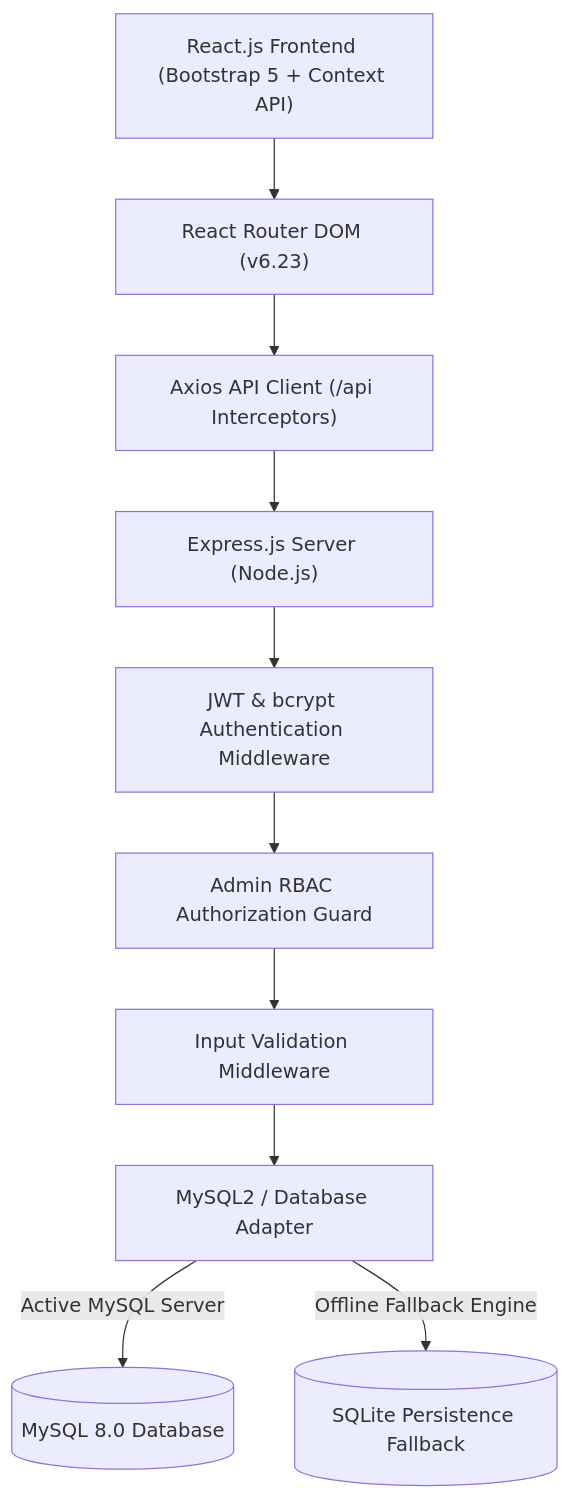
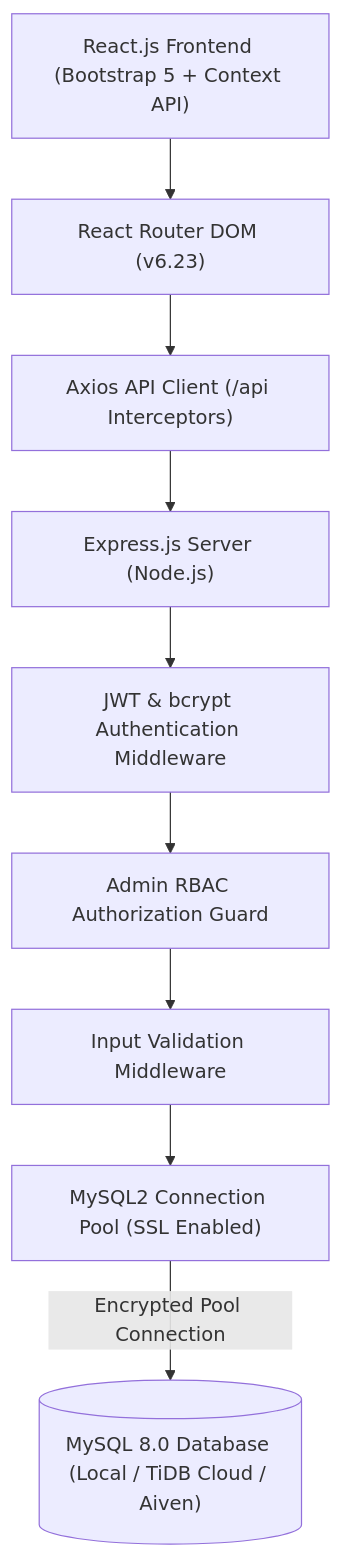
One commit to codeby-noor/shopera-ecommerce changed the first of 2 diagrams in README.md. Above: the diagram before and after it, drawn with Mermaid. The commit also changed other lines of this file and 9 other files, not shown here.

````diff
--- a/README.md
+++ b/README.md
@@ -27,25 +27,23 @@
 ```mermaid
 graph TD
     Client["React.js Frontend (Bootstrap 5 + Context API)"]
     Router["React Router DOM (v6.23)"]
     API["Axios API Client (/api Interceptors)"]
     
     Server["Express.js Server (Node.js)"]
     Auth["JWT & bcrypt Authentication Middleware"]
     RBAC["Admin RBAC Authorization Guard"]
     Validation["Input Validation Middleware"]
     
-    DB_Pool["MySQL2 / Database Adapter"]
-    MySQL[("MySQL 8.0 Database")]
-    Fallback[("SQLite Persistence Fallback")]
+    DB_Pool["MySQL2 Connection Pool (SSL Enabled)"]
+    MySQL[("MySQL 8.0 Database (Local / TiDB Cloud / Aiven)")]
 
     Client --> Router
     Router --> API
     API --> Server
     Server --> Auth
     Auth --> RBAC
     RBAC --> Validation
     Validation --> DB_Pool
-    DB_Pool -->|Active MySQL Server| MySQL
-    DB_Pool -->|Offline Fallback Engine| Fallback
+    DB_Pool -->|Encrypted Pool Connection| MySQL
 ```
````
